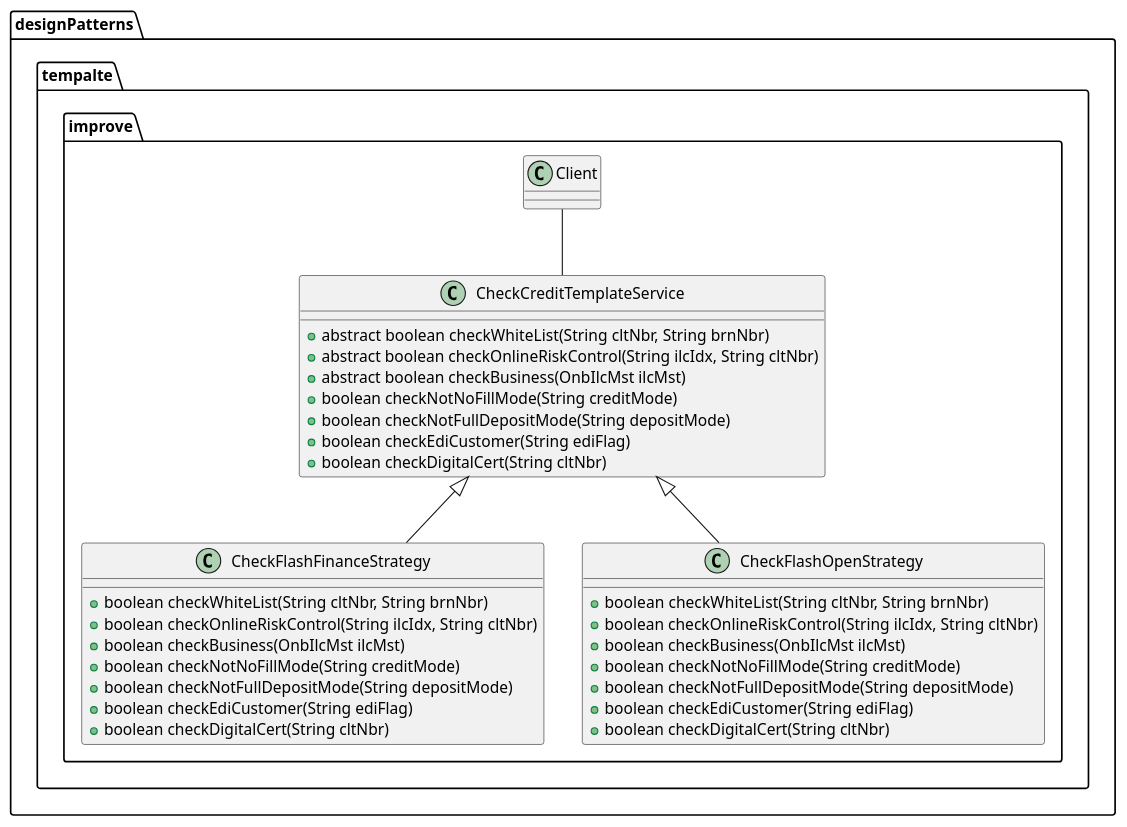
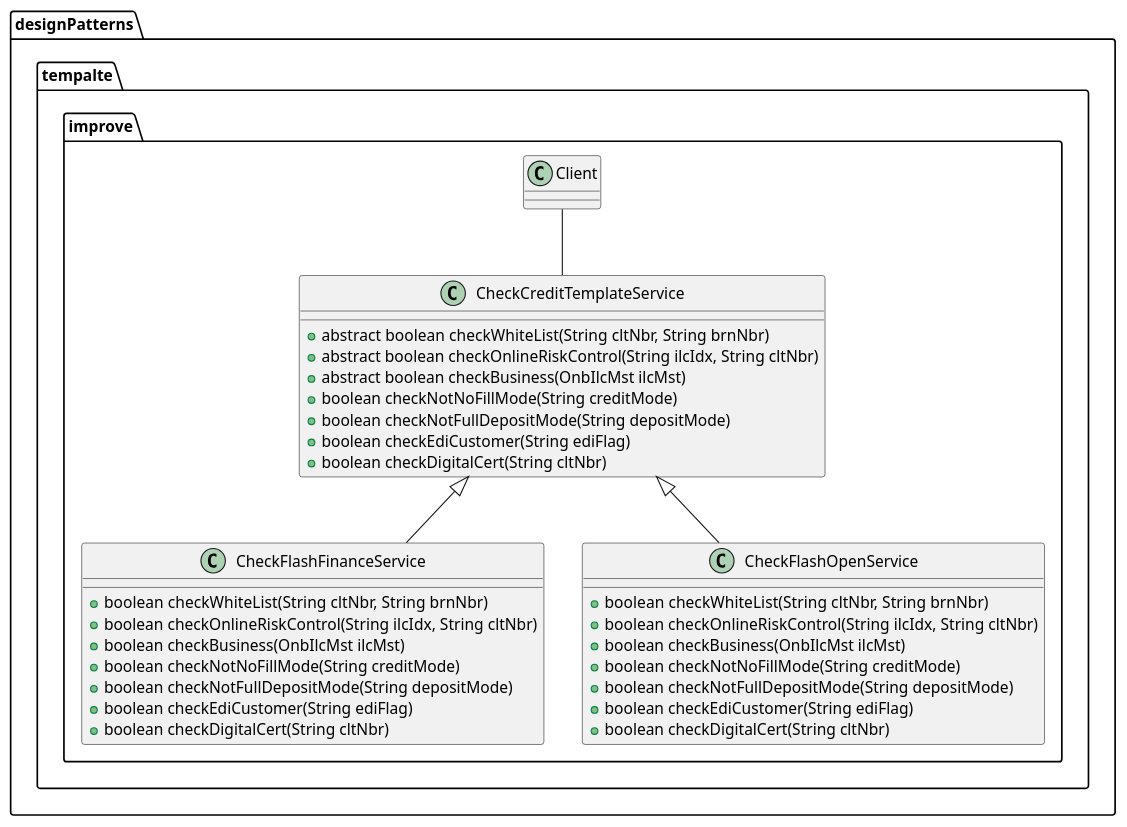
One commit to andyruohan/JavaApprentice changed the diagram in DesignPattern/session/checkTemplatePatternUml.puml. Above: the diagram before and after it, drawn with PlantUML. The commit also changed 1 other file, not shown here.

```diff
--- a/DesignPattern/session/checkTemplatePatternUml.puml
+++ b/DesignPattern/session/checkTemplatePatternUml.puml
@@ -1,35 +1,35 @@
 @startuml
 class designPatterns.tempalte.improve.CheckCreditTemplateService {
 + abstract boolean checkWhiteList(String cltNbr, String brnNbr)
 + abstract boolean checkOnlineRiskControl(String ilcIdx, String cltNbr)
 + abstract boolean checkBusiness(OnbIlcMst ilcMst)
 + boolean checkNotNoFillMode(String creditMode)
 + boolean checkNotFullDepositMode(String depositMode)
 + boolean checkEdiCustomer(String ediFlag)
 + boolean checkDigitalCert(String cltNbr)
 }
 
-class designPatterns.tempalte.improve.CheckFlashFinanceStrategy {
+class designPatterns.tempalte.improve.CheckFlashFinanceService {
 + boolean checkWhiteList(String cltNbr, String brnNbr)
 + boolean checkOnlineRiskControl(String ilcIdx, String cltNbr)
 + boolean checkBusiness(OnbIlcMst ilcMst)
 + boolean checkNotNoFillMode(String creditMode)
 + boolean checkNotFullDepositMode(String depositMode)
 + boolean checkEdiCustomer(String ediFlag)
 + boolean checkDigitalCert(String cltNbr)
 }
 
-class designPatterns.tempalte.improve.CheckFlashOpenStrategy {
+class designPatterns.tempalte.improve.CheckFlashOpenService {
 + boolean checkWhiteList(String cltNbr, String brnNbr)
 + boolean checkOnlineRiskControl(String ilcIdx, String cltNbr)
 + boolean checkBusiness(OnbIlcMst ilcMst)
 + boolean checkNotNoFillMode(String creditMode)
 + boolean checkNotFullDepositMode(String depositMode)
 + boolean checkEdiCustomer(String ediFlag)
 + boolean checkDigitalCert(String cltNbr)
 }
 
-designPatterns.tempalte.improve.CheckCreditTemplateService <|-- designPatterns.tempalte.improve.CheckFlashFinanceStrategy
-designPatterns.tempalte.improve.CheckCreditTemplateService <|-- designPatterns.tempalte.improve.CheckFlashOpenStrategy
+designPatterns.tempalte.improve.CheckCreditTemplateService <|-- designPatterns.tempalte.improve.CheckFlashFinanceService
+designPatterns.tempalte.improve.CheckCreditTemplateService <|-- designPatterns.tempalte.improve.CheckFlashOpenService
 designPatterns.tempalte.improve.Client -- designPatterns.tempalte.improve.CheckCreditTemplateService
 @enduml
```
